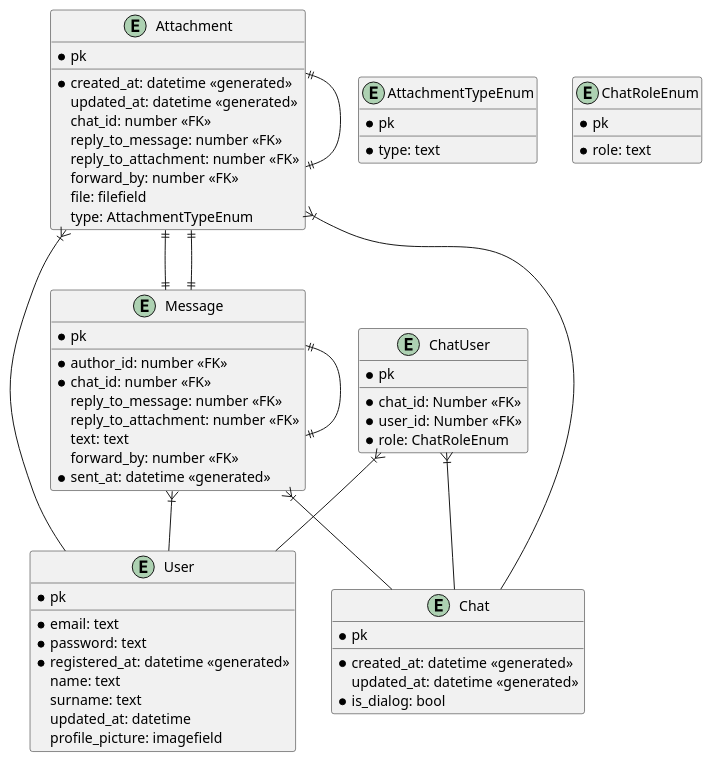
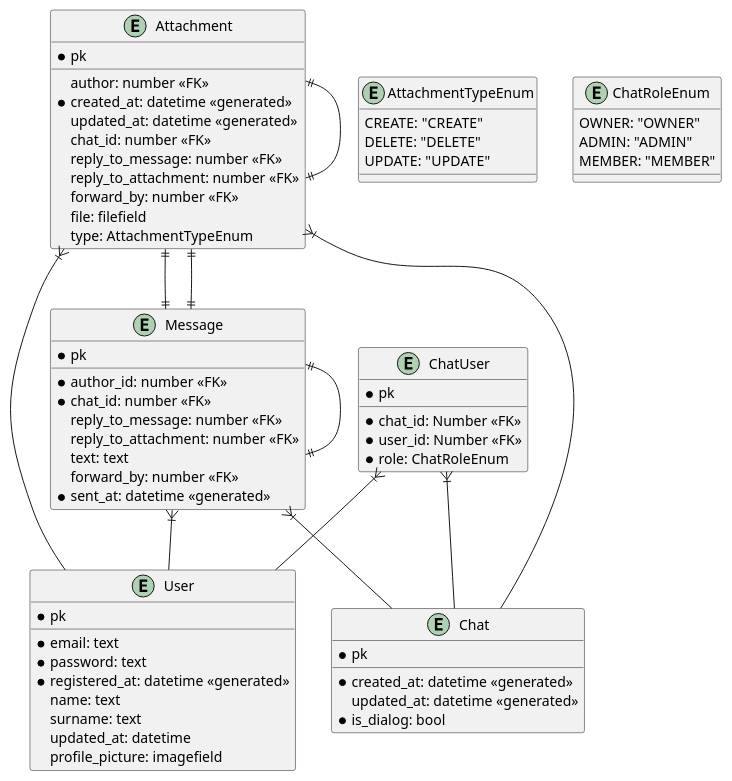
One commit to Timur-Gizatullin/messenger changed the diagram in docs/er_diagram/v0.1.0-er_init.puml. Above: the diagram before and after it, drawn with PlantUML. The commit also changed 1 other file, not shown here.

Commit message:
! update diagrams

```diff
--- a/docs/er_diagram/v0.1.0-er_init.puml
+++ b/docs/er_diagram/v0.1.0-er_init.puml
@@ -1,84 +1,85 @@
 @startuml
 entity Chat {
 * pk
 __
 *created_at: datetime <<generated>>
 updated_at: datetime <<generated>>
 *is_dialog: bool
 }
 
 entity AttachmentTypeEnum {
-* pk
-__
-*type: text
+CREATE: "CREATE"
+DELETE: "DELETE"
+UPDATE: "UPDATE"
 }
 
 entity Attachment {
 * pk
 __
+author: number <<FK>>
 *created_at: datetime <<generated>>
 updated_at: datetime <<generated>>
 chat_id: number <<FK>>
 reply_to_message: number <<FK>>
 reply_to_attachment: number <<FK>>
 forward_by: number <<FK>>
 file: filefield
 type: AttachmentTypeEnum
 }
 
 entity Message {
 * pk
 __
 *author_id: number <<FK>>
 *chat_id: number <<FK>>
 reply_to_message: number <<FK>>
 reply_to_attachment: number <<FK>>
 text: text
 forward_by: number <<FK>>
 *sent_at: datetime <<generated>>
 }
 
 entity User {
 * pk
 __
 *email: text
 *password: text
 *registered_at: datetime <<generated>>
 name: text
 surname: text
 updated_at: datetime
 profile_picture: imagefield
 }
 
 entity ChatRoleEnum {
-* pk
-__
-*role: text
+OWNER: "OWNER"
+ADMIN: "ADMIN"
+MEMBER: "MEMBER"
 }
 
 entity ChatUser {
 * pk
 __
 * chat_id: Number <<FK>>
 * user_id: Number <<FK>>
 * role: ChatRoleEnum
 }
 
 
 ChatUser }|-- User
 ChatUser }|-- Chat
 
 
 Message }|-- User
 Message }|-- Chat
 
 Attachment }|-- Chat
 
 Message ||--|| Message
 Message ||--|| Attachment
 
 Attachment ||--|| Message
 Attachment ||--|| Attachment
 
 Attachment }|-- User
 @enduml
```
